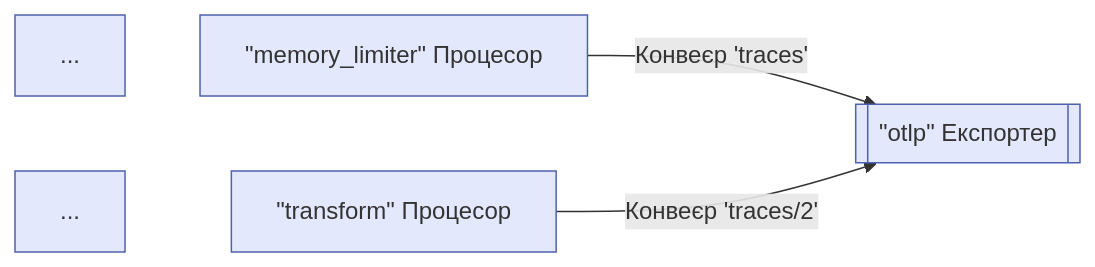
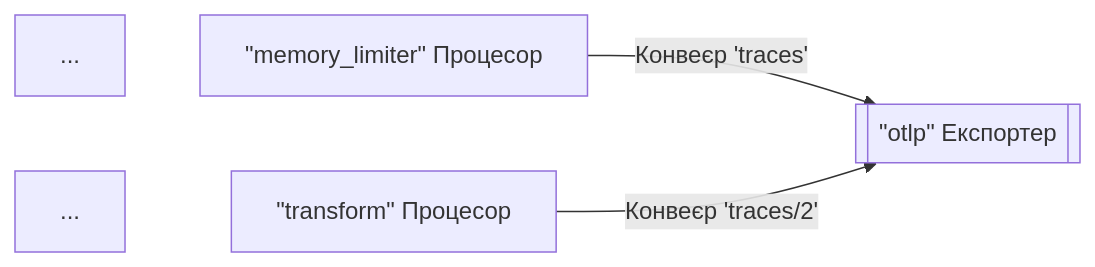
The third of 7 diagrams in content/uk/docs/collector/architecture.md (open-telemetry/opentelemetry.io), drawn with Mermaid before and after one commit. The commit also changed other lines of this file and 191 other files, not shown here.

````diff
--- a/content/uk/docs/collector/architecture.md
+++ b/content/uk/docs/collector/architecture.md
@@ -154,9 +149,7 @@
 ```mermaid
 flowchart LR
-    M1[...] ~~~ P1["`#quot;memory_limiter#quot; Процесор`"]
-    M2[...] ~~~ P2["`#quot;transform#quot; Процесор`"]
-    P1 -->|Конвеєр 'traces'|E1[["`#quot;otlp#quot; Експортер`"]]
-    P2 -->|Конвеєр 'traces/2'|E1
-
-    classDef default fill:#e3e8fc,stroke:#4f62ad;
+  M1[...] ~~~ P1["`#quot;memory_limiter#quot; Процесор`"]
+  M2[...] ~~~ P2["`#quot;transform#quot; Процесор`"]
+  P1 -->|Конвеєр 'traces'|E1[["`#quot;otlp#quot; Експортер`"]]
+  P2 -->|Конвеєр 'traces/2'|E1
 ```
````
